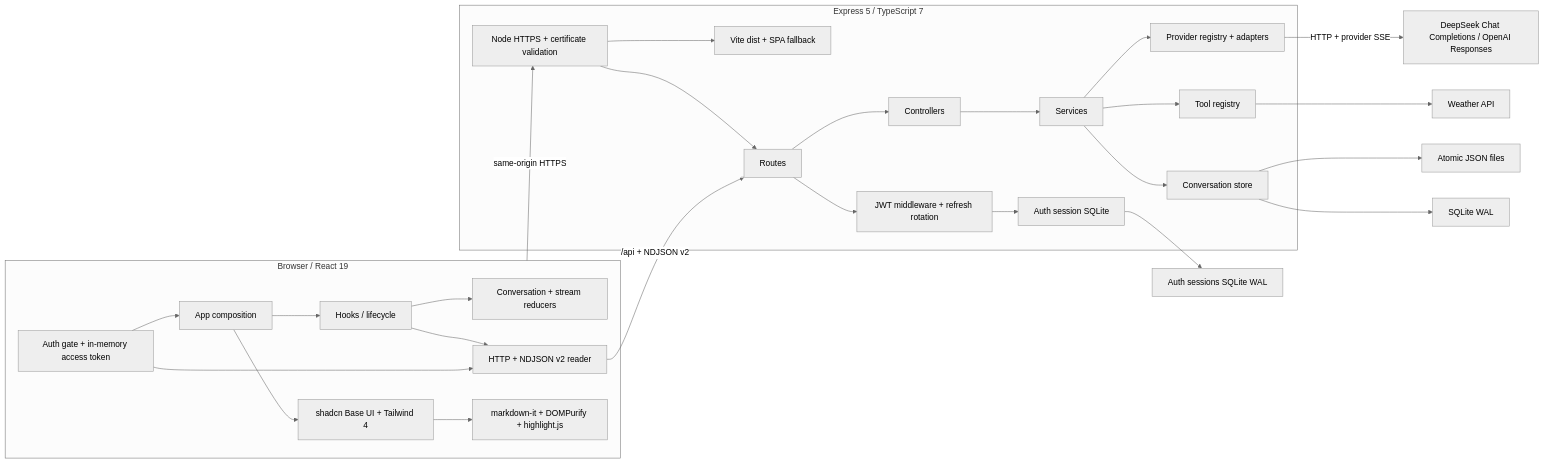
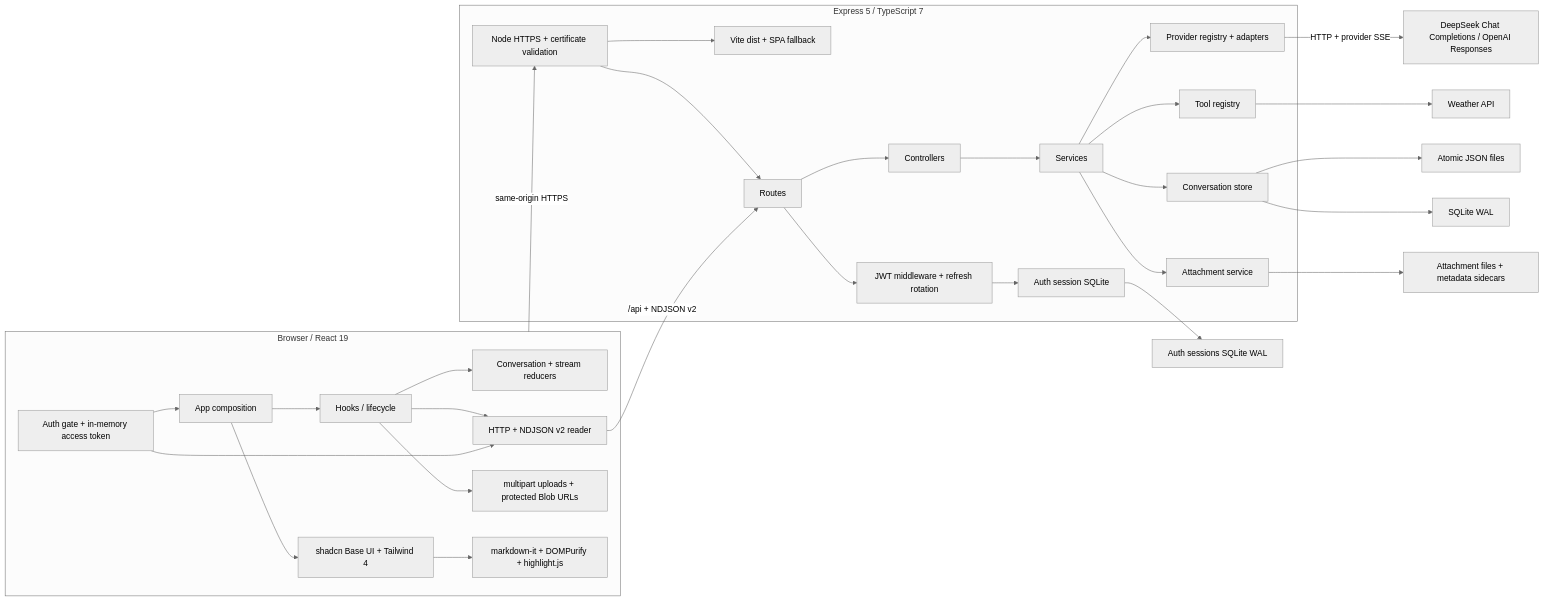
One commit to imingsmings/chatbot-dev changed the first of 9 diagrams in docs/architecture.md. Above: the diagram before and after it, drawn with Mermaid (neutral theme). The commit also changed other lines of this file and 88 other files, not shown here.

````diff
--- a/docs/architecture.md
+++ b/docs/architecture.md
@@ -7,46 +7,51 @@
 ```mermaid
 flowchart LR
   subgraph Browser["Browser / React 19"]
     App["App composition"]
     UI["shadcn Base UI + Tailwind 4"]
     Hooks["Hooks / lifecycle"]
     Reducers["Conversation + stream reducers"]
     ClientAPI["HTTP + NDJSON v2 reader"]
+    Uploads["multipart uploads + protected Blob URLs"]
     AuthClient["Auth gate + in-memory access token"]
     Markdown["markdown-it + DOMPurify + highlight.js"]
     App --> UI
     App --> Hooks
     Hooks --> Reducers
     Hooks --> ClientAPI
+    Hooks --> Uploads
     AuthClient --> App
     AuthClient --> ClientAPI
     UI --> Markdown
   end
 
   subgraph Server["Express 5 / TypeScript 7"]
     TLS["Node HTTPS + certificate validation"]
     Static["Vite dist + SPA fallback"]
     Routes["Routes"] --> Controllers["Controllers"] --> Services["Services"]
     Routes --> Auth["JWT middleware + refresh rotation"]
     Services --> LLM["Provider registry + adapters"]
     Services --> Tools["Tool registry"]
     Services --> Store["Conversation store"]
+    Services --> AttachmentStore["Attachment service"]
     Auth --> AuthStore["Auth session SQLite"]
     TLS --> Static
     TLS --> Routes
   end
 
   Providers["DeepSeek Chat Completions / OpenAI Responses"]
   Weather["Weather API"]
   Files["Atomic JSON files"]
   SQLite["SQLite WAL"]
   SessionDB["Auth sessions SQLite WAL"]
+  AttachmentFiles["Attachment files + metadata sidecars"]
 
   Browser -->|"same-origin HTTPS"| TLS
   ClientAPI -->|"/api + NDJSON v2"| Routes
   LLM -->|"HTTP + provider SSE"| Providers
   Tools --> Weather
   Store --> Files
   Store --> SQLite
+  AttachmentStore --> AttachmentFiles
   AuthStore --> SessionDB
 ```
````
